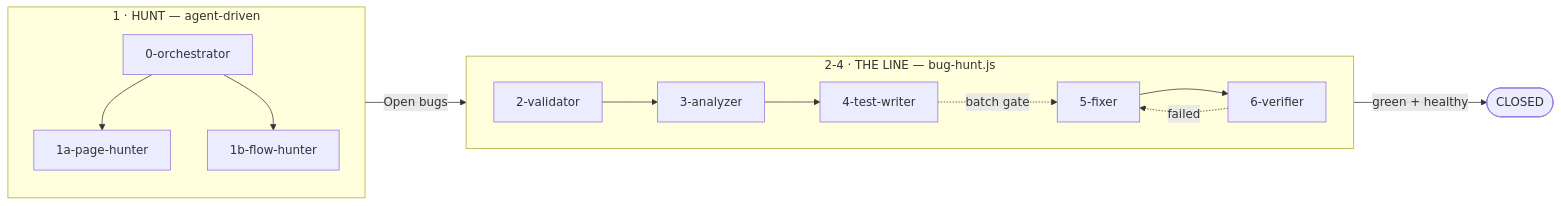
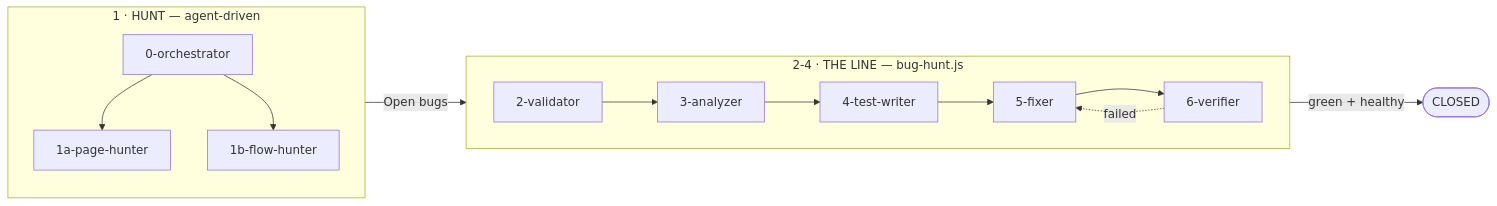
The first of 2 diagrams in bug-hunter/WORKFLOW.md (prateek-sinha7/IdeaFlowAI), drawn with Mermaid before and after one commit. The commit also changed other lines of this file and 14 other files, not shown here.

````diff
--- a/bug-hunter/WORKFLOW.md
+++ b/bug-hunter/WORKFLOW.md
@@ -7,15 +7,15 @@
 ```mermaid
 flowchart LR
     subgraph S1["1 · HUNT — agent-driven"]
         A1[0-orchestrator] --> A2[1a-page-hunter]
         A1 --> A3[1b-flow-hunter]
     end
     subgraph LINE["2-4 · THE LINE — bug-hunt.js"]
         direction LR
         B[2-validator] --> C[3-analyzer] --> D[4-test-writer]
-        D -.->|batch gate| E[5-fixer] --> F[6-verifier]
+        D --> E[5-fixer] --> F[6-verifier]
     end
     S1 -->|"Open bugs"| B
     F -->|"green + healthy"| Closed([CLOSED])
     F -.->|"failed"| E
 ```
````
